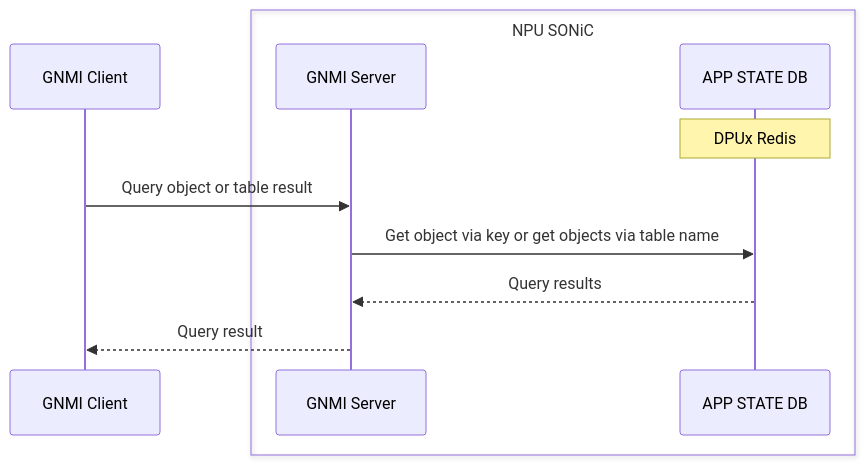
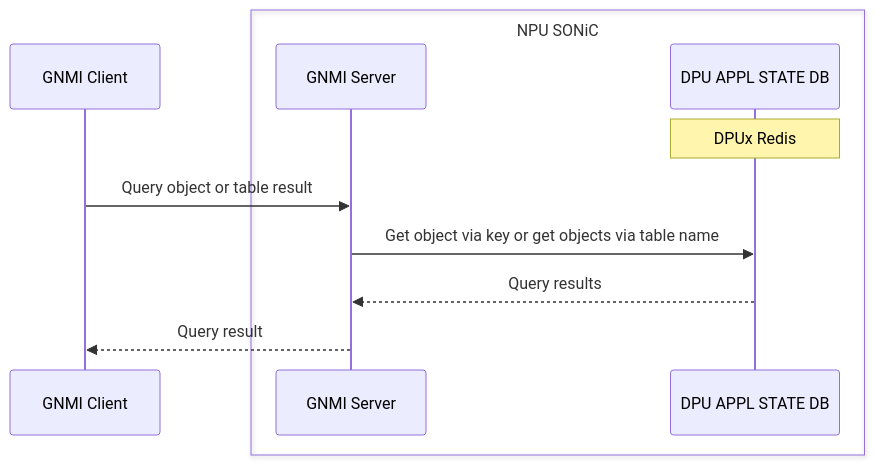
One commit to sonic-net/SONiC changed the second of 3 diagrams in doc/smart-switch/gnmi-feedback/smart-switch-gnmi-feedback-design.md. Above: the diagram before and after it, drawn with Mermaid. The commit also changed other lines of this file, not shown here.

````diff
--- a/doc/smart-switch/gnmi-feedback/smart-switch-gnmi-feedback-design.md
+++ b/doc/smart-switch/gnmi-feedback/smart-switch-gnmi-feedback-design.md
@@ -91,15 +90,15 @@
 ```mermaid
 sequenceDiagram
     participant GC as GNMI Client
     box NPU SONiC
         participant GS as GNMI Server
-        participant ASD as APP STATE DB
+        participant ASD as DPU APPL STATE DB
     end
     Note over ASD: DPUx Redis
 
     GC ->> GS: Query object or table result
     GS ->> ASD: Get object via key or get objects via table name
     ASD -->> GS: Query results
     GS -->> GC: Query result
 
 ```
````
